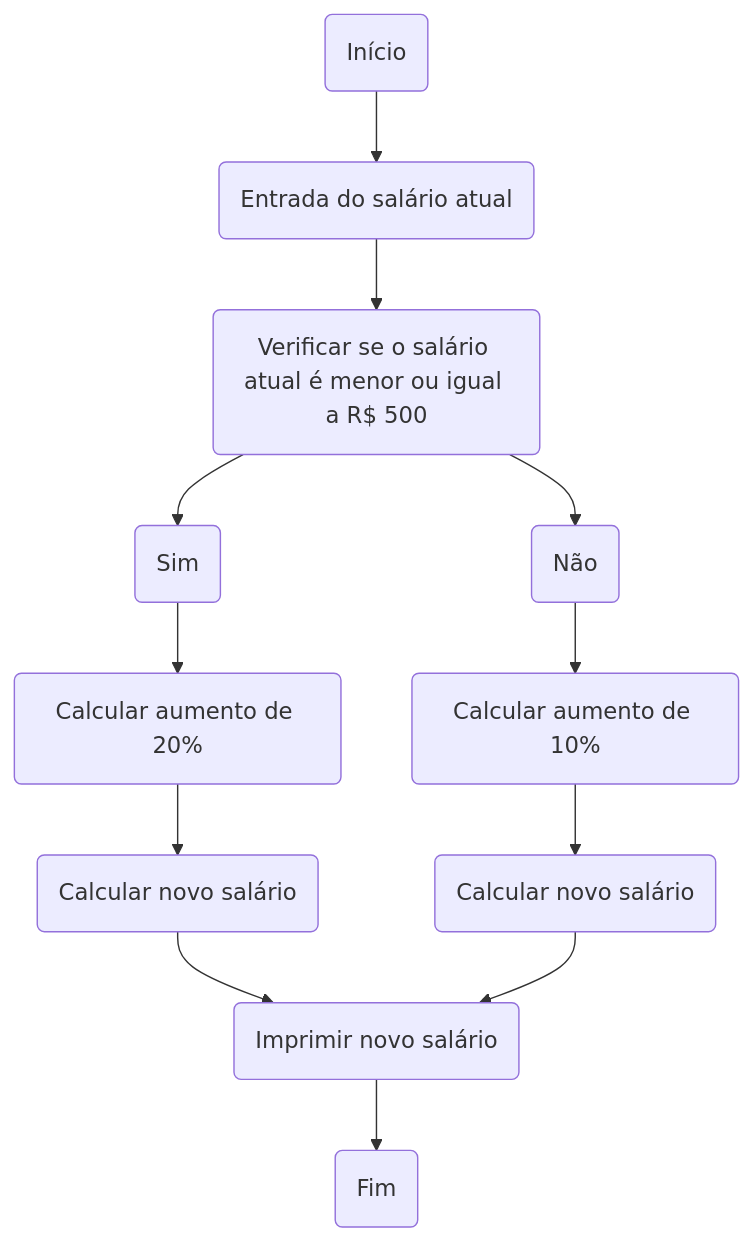
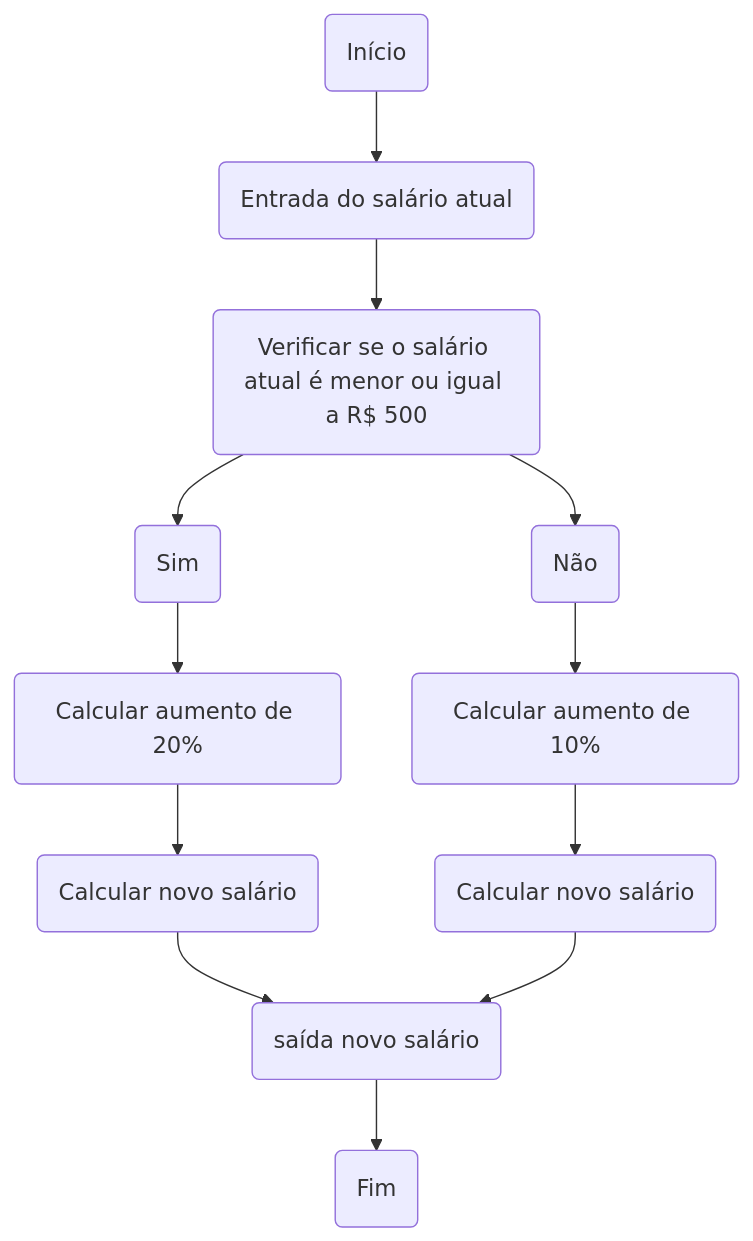
One commit to cauaaguiar/unifor- changed the second of 4 diagrams in RLA/unidade 1/lista1.md. Above: the diagram before and after it, drawn with Mermaid. The commit also changed other lines of this file, not shown here.

````diff
--- a/RLA/unidade 1/lista1.md
+++ b/RLA/unidade 1/lista1.md
@@ -42,17 +42,17 @@
 ```mermaid
 flowchart TD
    
     A(Início) --> B(Entrada do salário atual);
     B --> C(Verificar se o salário atual é menor ou igual a R$ 500);
     C --> D(Sim);
     D --> E(Calcular aumento de 20%);
     E --> F(Calcular novo salário);
-    F --> G(Imprimir novo salário);
+    F --> G(saída novo salário);
     G --> H(Fim);
     C --> I(Não);
     I --> J(Calcular aumento de 10%);
     J --> K(Calcular novo salário);
     K --> G;
 
 
 ```
````
